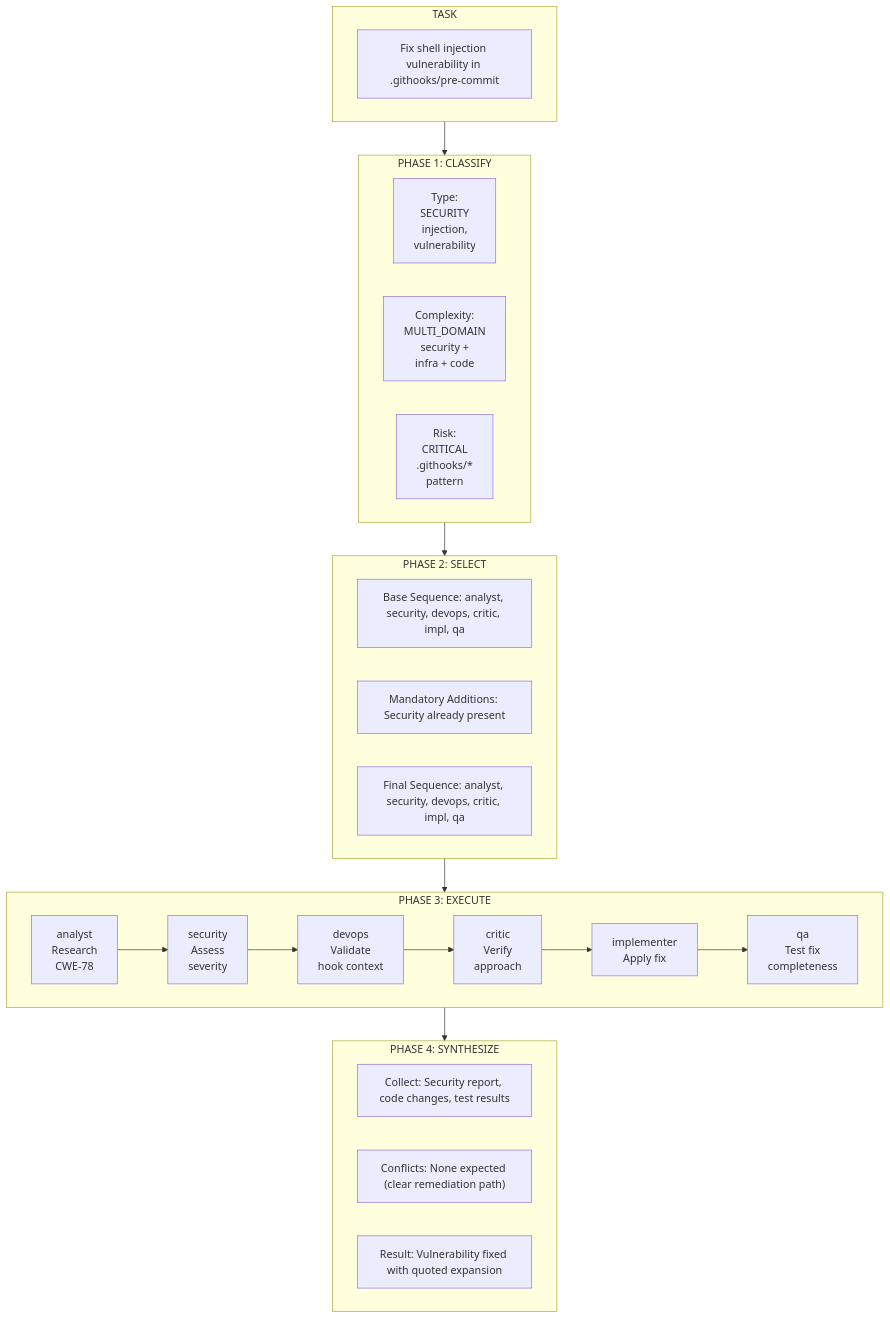
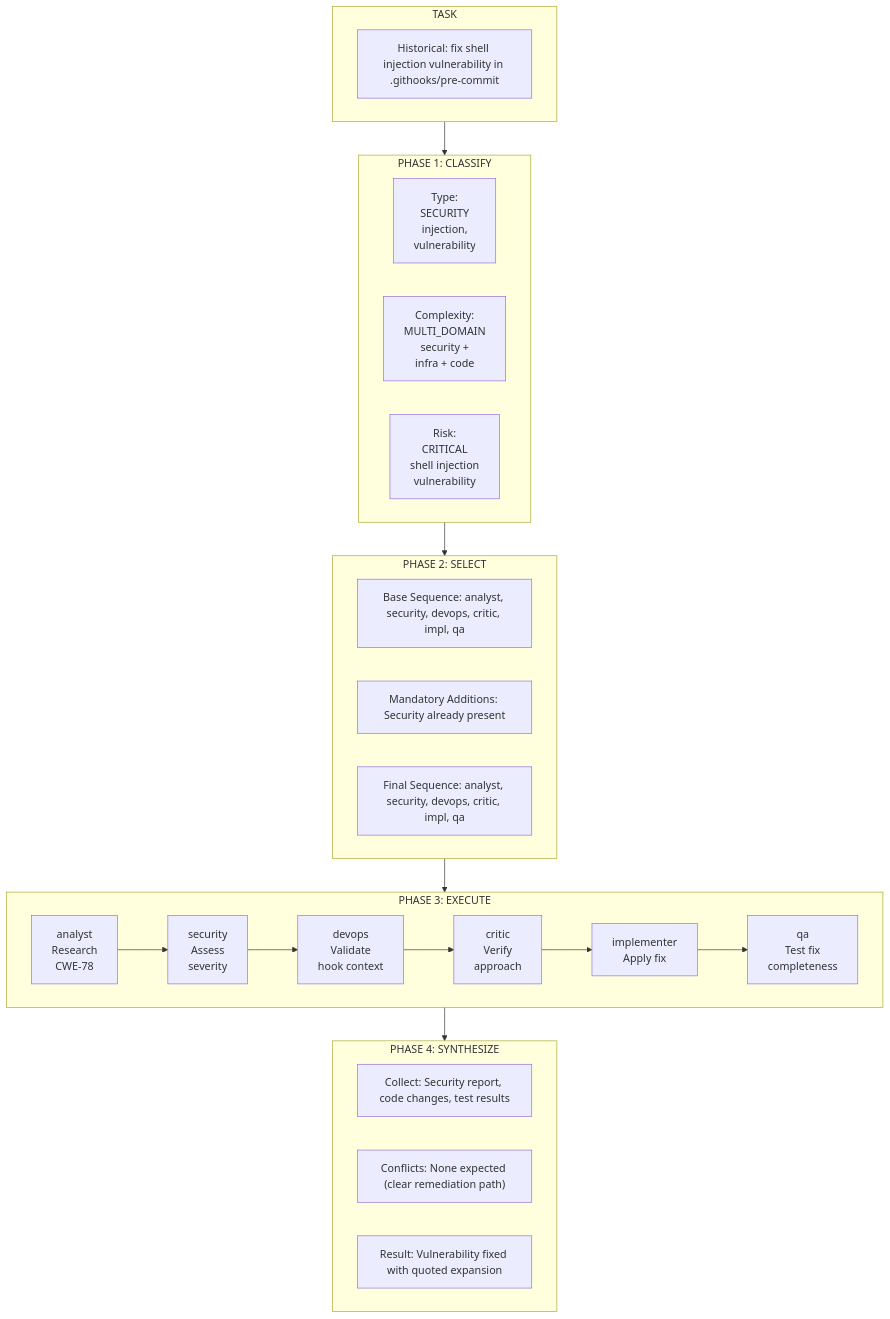
Before and after one commit to rjmurillo/ai-agents: the eighth of 8 diagrams in docs/diagrams/routing-flowchart.md, drawn with Mermaid. The commit also changed other lines of this file and 238 other files, not shown here.

````diff
--- a/docs/diagrams/routing-flowchart.md
+++ b/docs/diagrams/routing-flowchart.md
@@ -194,37 +198,37 @@
 ```mermaid
 flowchart TB
     subgraph Task["TASK"]
-        TASK_DESC["Fix shell injection vulnerability in .githooks/pre-commit"]
+        TASK_DESC["Historical: fix shell injection vulnerability in .githooks/pre-commit"]
     end
 
     subgraph Phase1["PHASE 1: CLASSIFY"]
         TYPE[Type:<br/>SECURITY<br/>injection,<br/>vulnerability]
         COMPLEXITY[Complexity:<br/>MULTI_DOMAIN<br/>security +<br/>infra + code]
-        RISK[Risk:<br/>CRITICAL<br/>.githooks/*<br/>pattern]
+        RISK[Risk:<br/>CRITICAL<br/>shell injection<br/>vulnerability]
     end
 
     subgraph Phase2["PHASE 2: SELECT"]
         BASE["Base Sequence: analyst, security, devops, critic, impl, qa"]
         ADDITIONS["Mandatory Additions: Security already present"]
         FINAL["Final Sequence: analyst, security, devops, critic, impl, qa"]
     end
 
     subgraph Phase3["PHASE 3: EXECUTE"]
         ANALYST[analyst<br/>Research<br/>CWE-78] --> SECURITY_AGENT[security<br/>Assess<br/>severity]
         SECURITY_AGENT --> DEVOPS[devops<br/>Validate<br/>hook context]
         DEVOPS --> CRITIC[critic<br/>Verify<br/>approach]
         CRITIC --> IMPLEMENTER[implementer<br/>Apply fix]
         IMPLEMENTER --> QA[qa<br/>Test fix<br/>completeness]
     end
 
     subgraph Phase4["PHASE 4: SYNTHESIZE"]
         COLLECT_P4["Collect: Security report, code changes, test results"]
         CONFLICTS["Conflicts: None expected (clear remediation path)"]
         RESULT["Result: Vulnerability fixed with quoted expansion"]
     end
 
     Task --> Phase1
     Phase1 --> Phase2
     Phase2 --> Phase3
     Phase3 --> Phase4
 ```
````
